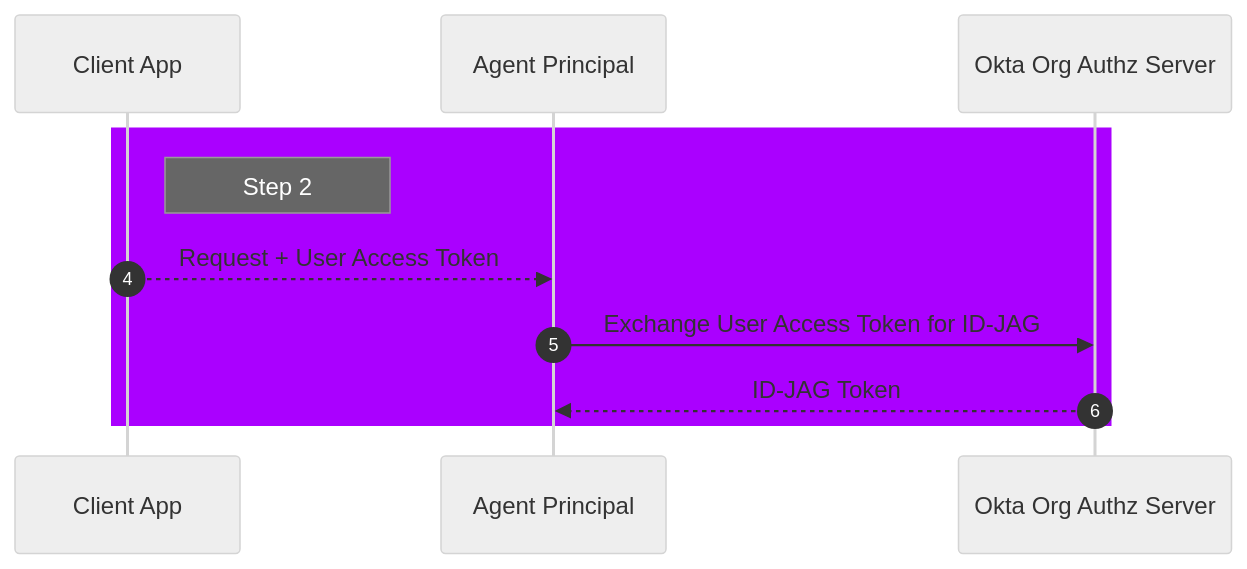
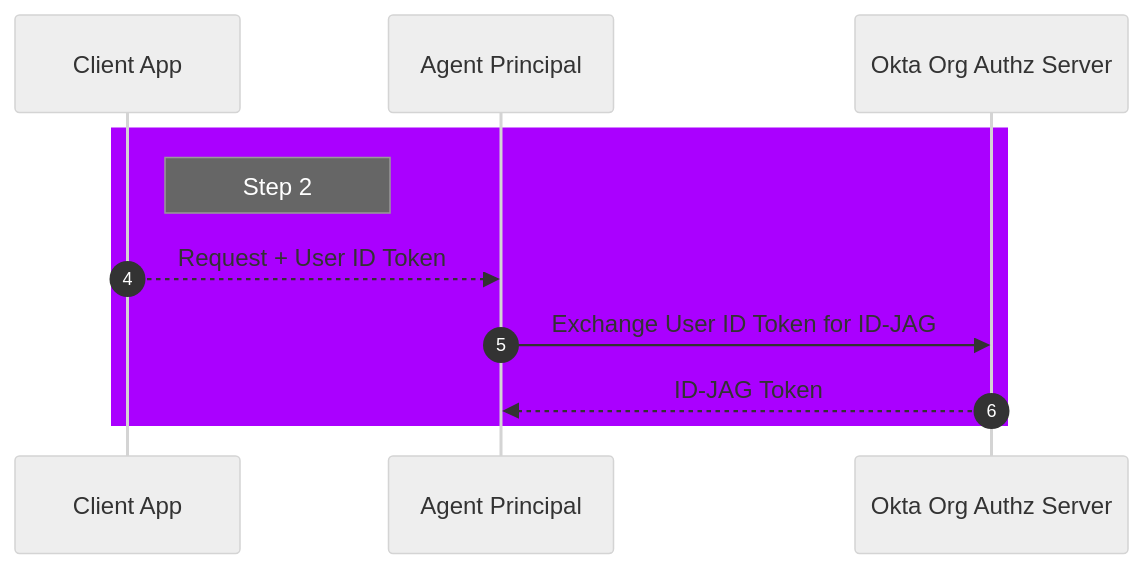
The third of 6 diagrams in images/cross_app_access_demo.md (udplabs/okta-ai-poc), drawn with Mermaid (neutral theme) before and after one commit.

Commit message:
Clarify token type in access demo sequence
Updates Step 2 in `images/cross_app_access_demo.md` to use a user ID token instead of a user access token, including the corresponding OAS exchange label. This aligns the sequence diagram text with the intended token flow.

````diff
--- a/images/cross_app_access_demo.md
+++ b/images/cross_app_access_demo.md
@@ -85,16 +85,16 @@
 ```mermaid
 sequenceDiagram
     autonumber 4
 
 	participant C as Client App
     participant A as Agent Principal
     participant OAS as Okta Org Authz Server
 
 	rect rgb(170, 0, 255)
 		Note right of C: Step 2
-			C-->>A: Request + User Access Token
-			A->>OAS: Exchange User Access Token for ID-JAG
+			C-->>A: Request + User ID Token
+			A->>OAS: Exchange User ID Token for ID-JAG
 			OAS-->>A: ID-JAG Token
 	end
 
 ```
````
